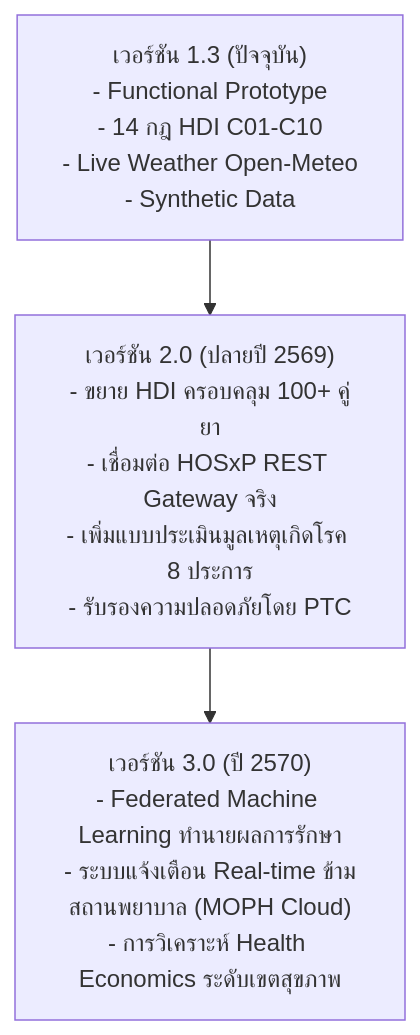
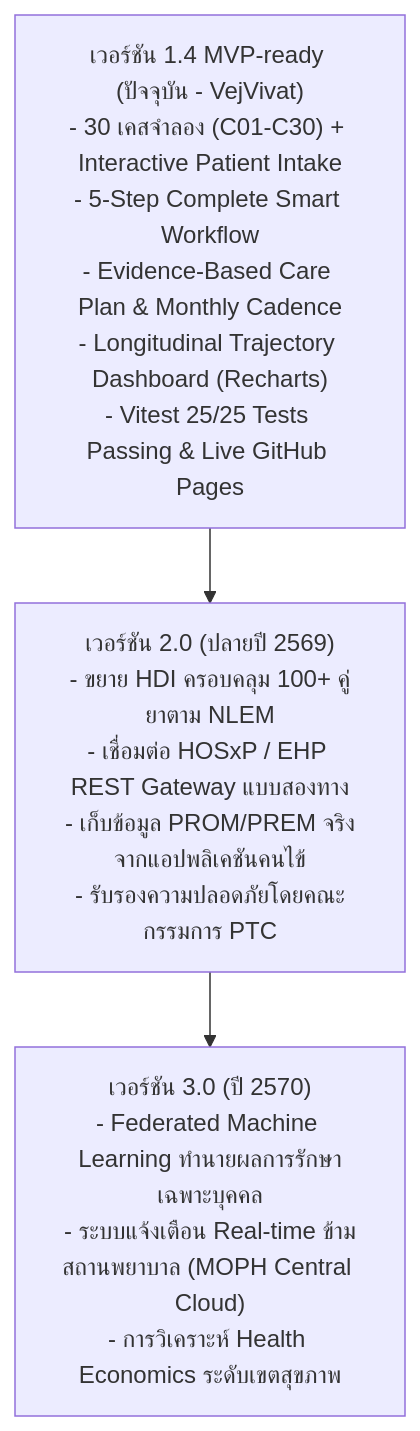
One commit to ClangxCL/TTM_Hackathon_2026 changed the diagram in docs/09-known-limitations.md. Above: the diagram before and after it, drawn with Mermaid. The commit also changed other lines of this file and 9 other files, not shown here.

Commit message:
docs: comprehensive update across all 10 docs for VejVivat branding, 30 cases, patient intake, care plan & follow-up protocol

````diff
--- a/docs/09-known-limitations.md
+++ b/docs/09-known-limitations.md
@@ -33,8 +36,8 @@
 ```mermaid
 graph TD
-    V1["เวอร์ชัน 1.3 (ปัจจุบัน)<br/>- Functional Prototype<br/>- 14 กฎ HDI C01-C10<br/>- Live Weather Open-Meteo<br/>- Synthetic Data"]
-    V2["เวอร์ชัน 2.0 (ปลายปี 2569)<br/>- ขยาย HDI ครอบคลุม 100+ คู่ยา<br/>- เชื่อมต่อ HOSxP REST Gateway จริง<br/>- เพิ่มแบบประเมินมูลเหตุเกิดโรค 8 ประการ<br/>- รับรองความปลอดภัยโดย PTC"]
-    V3["เวอร์ชัน 3.0 (ปี 2570)<br/>- Federated Machine Learning ทำนายผลการรักษา<br/>- ระบบแจ้งเตือน Real-time ข้ามสถานพยาบาล (MOPH Cloud)<br/>- การวิเคราะห์ Health Economics ระดับเขตสุขภาพ"]
+    V1["เวอร์ชัน 1.4 MVP-ready (ปัจจุบัน - VejVivat)<br/>- 30 เคสจำลอง (C01-C30) + Interactive Patient Intake<br/>- 5-Step Complete Smart Workflow<br/>- Evidence-Based Care Plan & Monthly Cadence<br/>- Longitudinal Trajectory Dashboard (Recharts)<br/>- Vitest 25/25 Tests Passing & Live GitHub Pages"]
+    V2["เวอร์ชัน 2.0 (ปลายปี 2569)<br/>- ขยาย HDI ครอบคลุม 100+ คู่ยาตาม NLEM<br/>- เชื่อมต่อ HOSxP / EHP REST Gateway แบบสองทาง<br/>- เก็บข้อมูล PROM/PREM จริงจากแอปพลิเคชันคนไข้<br/>- รับรองความปลอดภัยโดยคณะกรรมการ PTC"]
+    V3["เวอร์ชัน 3.0 (ปี 2570)<br/>- Federated Machine Learning ทำนายผลการรักษาเฉพาะบุคคล<br/>- ระบบแจ้งเตือน Real-time ข้ามสถานพยาบาล (MOPH Central Cloud)<br/>- การวิเคราะห์ Health Economics ระดับเขตสุขภาพ"]
 
     V1 --> V2 --> V3
 ```
````
